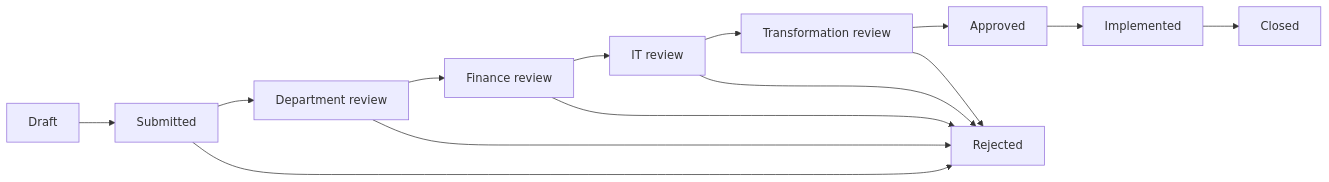
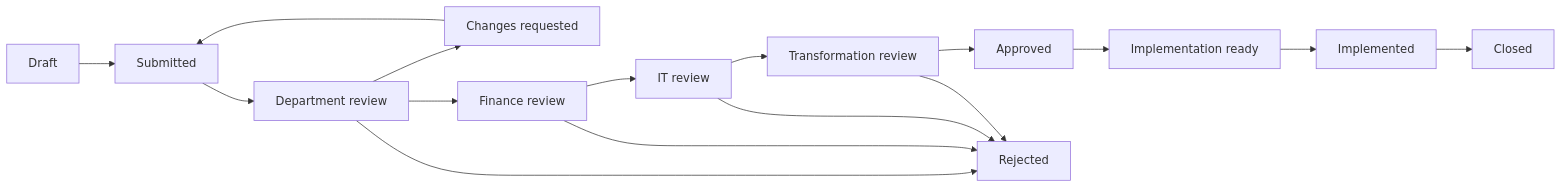
The diagram in README.md (mypoorbrain/enterprise-workflow-approval-lab), drawn with Mermaid before and after one commit. The commit also changed other lines of this file and 22 other files, not shown here.

````diff
--- a/README.md
+++ b/README.md
@@ -29,17 +35,18 @@
 ```mermaid
 flowchart LR
-    Draft[Draft] --> Submitted[Submitted]
+    Draft --> Submitted
     Submitted --> Department[Department review]
+    Department --> Changes[Changes requested]
+    Changes --> Submitted
     Department --> Finance[Finance review]
     Finance --> IT[IT review]
     IT --> Transformation[Transformation review]
-    Transformation --> Approved[Approved]
-    Approved --> Implemented[Implemented]
-    Implemented --> Closed[Closed]
-
-    Submitted --> Rejected[Rejected]
+    Transformation --> Approved
+    Approved --> Ready[Implementation ready]
+    Ready --> Implemented
+    Implemented --> Closed
     Department --> Rejected
     Finance --> Rejected
     IT --> Rejected
     Transformation --> Rejected
 ```
````
